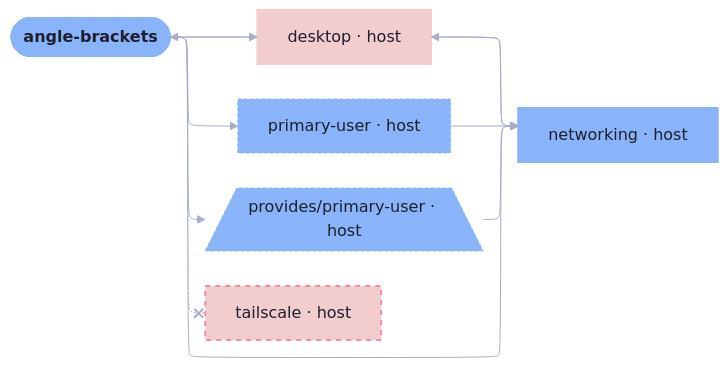
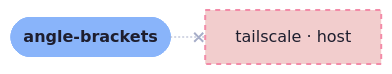
One commit to sini/den changed the diagram in templates/diag-fx-demo/diagrams/angle-brackets-adapters.md. Above: the diagram before and after it, drawn with Mermaid. The commit also changed 849 other files, not shown here.

Commit message:
chore: update fx diagrams

````diff
--- a/templates/diag-fx-demo/diagrams/angle-brackets-adapters.md
+++ b/templates/diag-fx-demo/diagrams/angle-brackets-adapters.md
@@ -5,29 +5,12 @@
 ```mermaid
 %%{init: {"elk":{"mergeEdges":true,"nodePlacementStrategy":"BRANDES_KOEPF"},"layout":"elk","theme":"base","themeVariables":{"activationBkgColor":"#313244","activationBorderColor":"#6c7086","actorBkg":"#313244","actorBorder":"#a6adc8","actorLineColor":"#a6adc8","actorTextColor":"#cdd6f4","background":"#1e1e2e","classText":"#cdd6f4","clusterBkg":"#313244","clusterBorder":"#6c7086","edgeLabelBackground":"#1e1e2e","labelBoxBkgColor":"#313244","labelBoxBorderColor":"#a6adc8","labelTextColor":"#cdd6f4","lineColor":"#a6adc8","loopTextColor":"#cdd6f4","mainBkg":"#313244","nodeBkg":"#313244","nodeBorder":"#a6adc8","nodeTextColor":"#cdd6f4","noteBkgColor":"#313244","noteBorderColor":"#6c7086","noteTextColor":"#cdd6f4","pie1":"#f38ba8","pie2":"#fab387","pie3":"#f9e2af","pie4":"#a6e3a1","pie5":"#94e2d5","pie6":"#89b4fa","pie7":"#cba6f7","pie8":"#f2cdcd","pieLegendTextColor":"#cdd6f4","pieOuterStrokeColor":"#6c7086","pieSectionTextColor":"#cdd6f4","pieStrokeColor":"#6c7086","pieTitleTextColor":"#cdd6f4","primaryBorderColor":"#a6adc8","primaryColor":"#313244","primaryTextColor":"#cdd6f4","secondBkg":"#313244","secondaryBorderColor":"#6c7086","secondaryColor":"#313244","secondaryTextColor":"#cdd6f4","sequenceNumberColor":"#1e1e2e","signalColor":"#a6adc8","signalTextColor":"#cdd6f4","tertiaryBorderColor":"#6c7086","tertiaryColor":"#313244","tertiaryTextColor":"#cdd6f4","textColor":"#cdd6f4","titleColor":"#cdd6f4"}}}%%
 graph LR
   angle_brackets([angle-brackets]):::root
-  desktop["desktop · host"]:::desktop_c
-  networking["networking · host"]:::networking_c
-  primary_user["primary-user · host"]:::primary_user_c
-  den__provides__primary_user[/"provides/primary-user · host"\]:::den__provides__primary_user_c
   tailscale["tailscale · host"]:::tailscale_c
 
-  angle_brackets --> desktop
-  angle_brackets --> networking
-  angle_brackets --> primary_user
-  angle_brackets --> den__provides__primary_user
   angle_brackets -.-x tailscale
-  den__provides__primary_user --> networking
-  desktop --> angle_brackets
-  desktop --> networking
-  networking --> desktop
-  primary_user --> networking
 
   classDef root fill:#89b4fa,stroke:#89b4fa,color:#1e1e2e,font-weight:bold
-  classDef angle_brackets_c fill:#89b4fa,stroke:#89b4fa,color:#1e1e2e,stroke-width:3px
-  classDef desktop_c fill:#f2cdcd,stroke:#f2cdcd,color:#1e1e2e,stroke-width:2px
-  classDef networking_c fill:#89b4fa,stroke:#89b4fa,color:#1e1e2e,stroke-width:2px
-  classDef primary_user_c fill:#89b4fa,stroke:#89b4fa,color:#1e1e2e,stroke-dasharray: 3 3,stroke-width:1px
-  classDef den__provides__primary_user_c fill:#89b4fa,stroke:#89b4fa,color:#1e1e2e,stroke-dasharray: 3 3,stroke-width:1px
+  classDef angle_brackets_c fill:#89b4fa,stroke:#89b4fa,color:#1e1e2e,stroke-width:2px
   classDef tailscale_c fill:#f2cdcd,stroke:#f38ba8,color:#1e1e2e,stroke-dasharray: 5 5,stroke-width:2px
 ```
````
